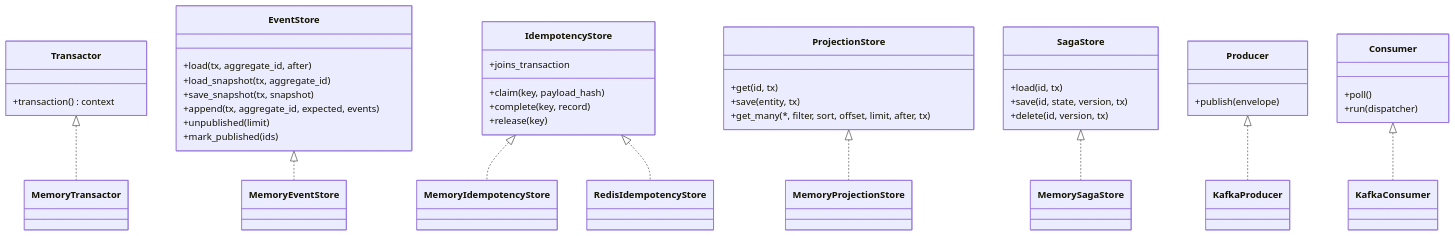
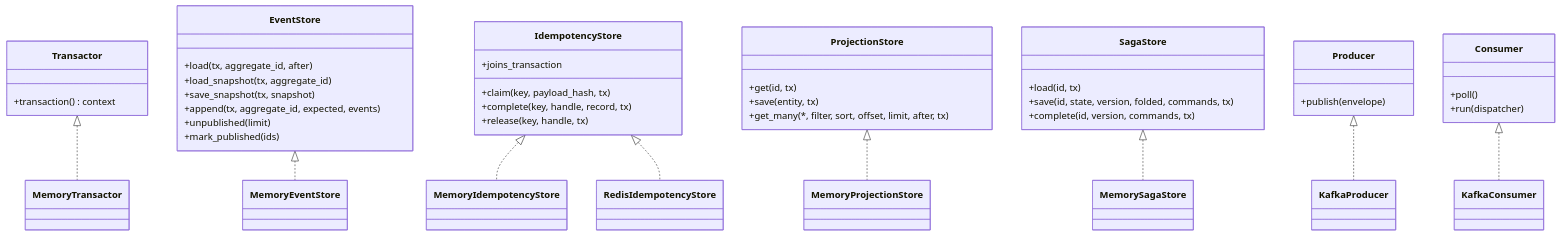
One commit to haskian/edax changed the second of 2 diagrams in docs/sdk/README.md. Above: the diagram before and after it, drawn with Mermaid. The commit also changed other lines of this file and 263 other files, not shown here.

````diff
--- a/docs/sdk/README.md
+++ b/docs/sdk/README.md
@@ -51,45 +51,45 @@
 ```mermaid
 classDiagram
     class Transactor {
         +transaction() context
     }
     class EventStore {
         +load(tx, aggregate_id, after)
         +load_snapshot(tx, aggregate_id)
         +save_snapshot(tx, snapshot)
         +append(tx, aggregate_id, expected, events)
         +unpublished(limit)
         +mark_published(ids)
     }
     class IdempotencyStore {
-        +claim(key, payload_hash)
-        +complete(key, record)
-        +release(key)
+        +claim(key, payload_hash, tx)
+        +complete(key, handle, record, tx)
+        +release(key, handle, tx)
         +joins_transaction
     }
     class ProjectionStore {
         +get(id, tx)
         +save(entity, tx)
         +get_many(*, filter, sort, offset, limit, after, tx)
     }
     class SagaStore {
         +load(id, tx)
-        +save(id, state, version, tx)
-        +delete(id, version, tx)
+        +save(id, state, version, folded, commands, tx)
+        +complete(id, version, commands, tx)
     }
     class Producer {
         +publish(envelope)
     }
     class Consumer {
         +poll()
         +run(dispatcher)
     }
     Transactor <|.. MemoryTransactor
     EventStore <|.. MemoryEventStore
     IdempotencyStore <|.. MemoryIdempotencyStore
     IdempotencyStore <|.. RedisIdempotencyStore
     ProjectionStore <|.. MemoryProjectionStore
     SagaStore <|.. MemorySagaStore
     Producer <|.. KafkaProducer
     Consumer <|.. KafkaConsumer
 ```
````
